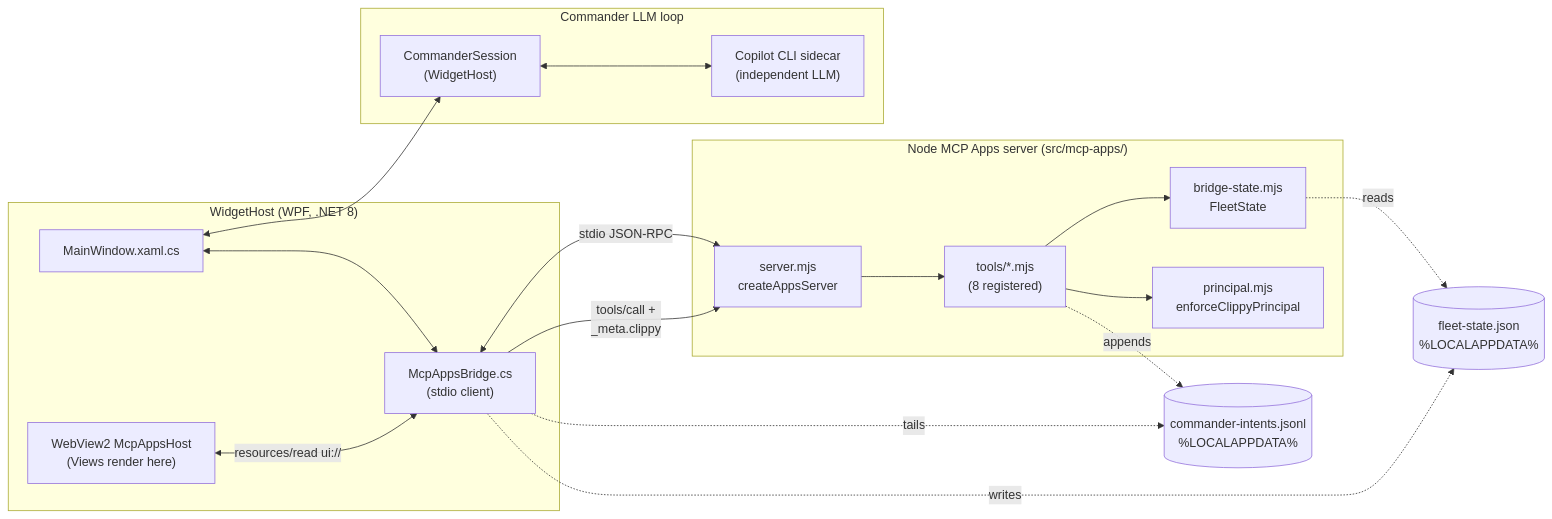
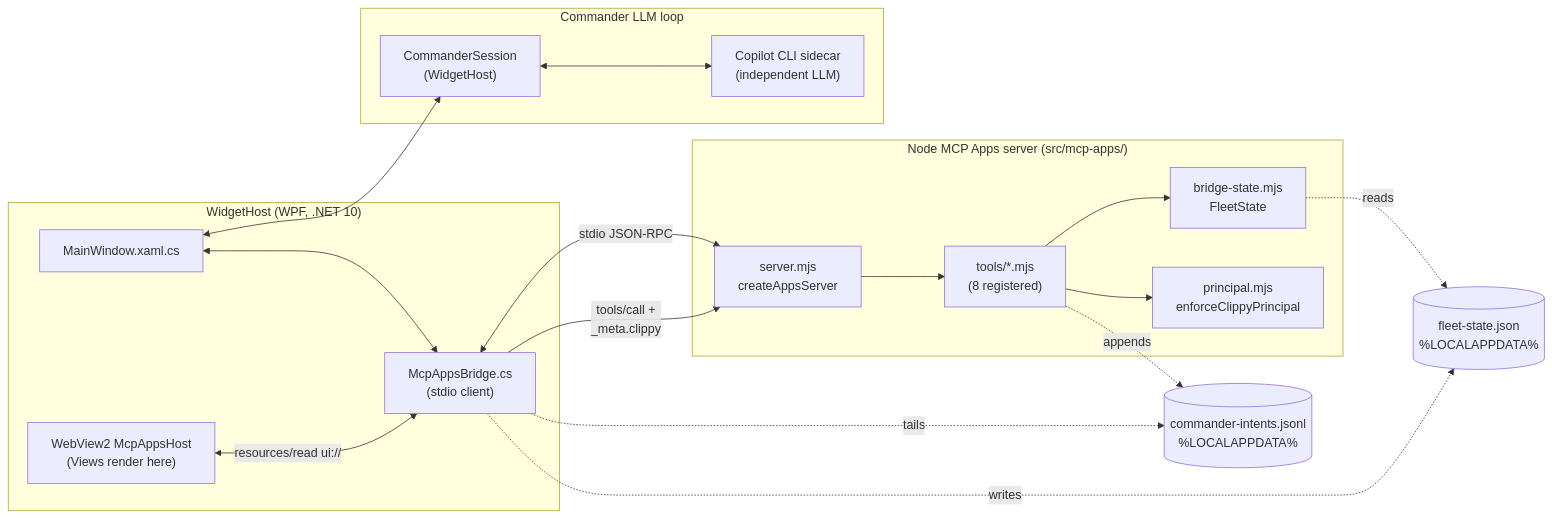
One commit to dayour/Windows-Clippy-MCP changed the diagram in docs/mcp-apps/architecture.md. Above: the diagram before and after it, drawn with Mermaid. The commit also changed 42 other files, not shown here.

````diff
--- a/docs/mcp-apps/architecture.md
+++ b/docs/mcp-apps/architecture.md
@@ -140,38 +140,38 @@
 ```mermaid
 flowchart LR
-  subgraph Widget["WidgetHost (WPF, .NET 8)"]
+  subgraph Widget["WidgetHost (WPF, .NET 10)"]
     MW["MainWindow.xaml.cs"]
     Bridge["McpAppsBridge.cs<br/>(stdio client)"]
     WV2["WebView2 McpAppsHost<br/>(Views render here)"]
   end
 
   subgraph Apps["Node MCP Apps server (src/mcp-apps/)"]
     Srv["server.mjs<br/>createAppsServer"]
     Tools["tools/*.mjs<br/>(8 registered)"]
     State["bridge-state.mjs<br/>FleetState"]
     Princ["principal.mjs<br/>enforceClippyPrincipal"]
   end
 
   subgraph Sidecar["Commander LLM loop"]
     CS["CommanderSession<br/>(WidgetHost)"]
     CLI["Copilot CLI sidecar<br/>(independent LLM)"]
   end
 
   FS1[("fleet-state.json<br/>%LOCALAPPDATA%")]
   FS2[("commander-intents.jsonl<br/>%LOCALAPPDATA%")]
 
   MW <--> Bridge
   Bridge <-- "stdio JSON-RPC" --> Srv
   Srv --> Tools
   Tools --> Princ
   Tools --> State
   State -.reads.-> FS1
   Bridge -.writes.-> FS1
   Tools -.appends.-> FS2
   Bridge -.tails.-> FS2
   Bridge -- "tools/call +<br/>_meta.clippy" --> Srv
   WV2 <-- "resources/read ui://" --> Bridge
 
   MW <--> CS
   CS <--> CLI
 ```
````
